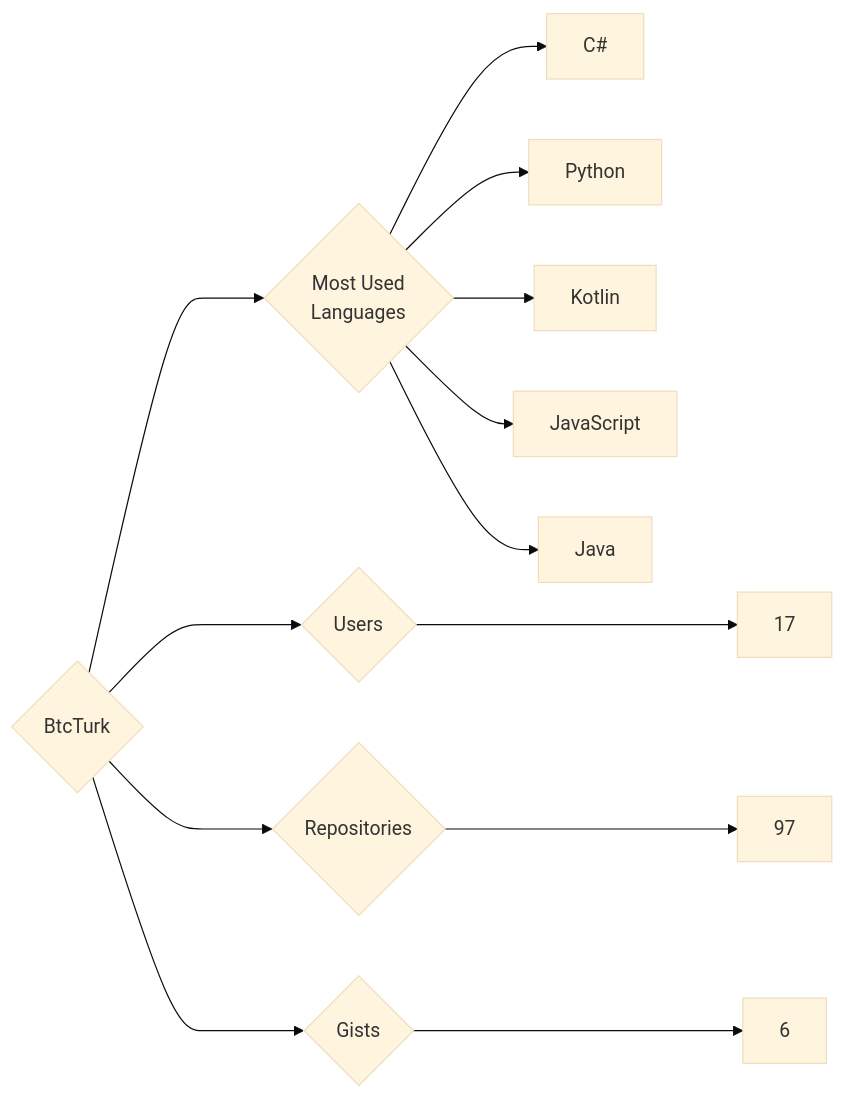
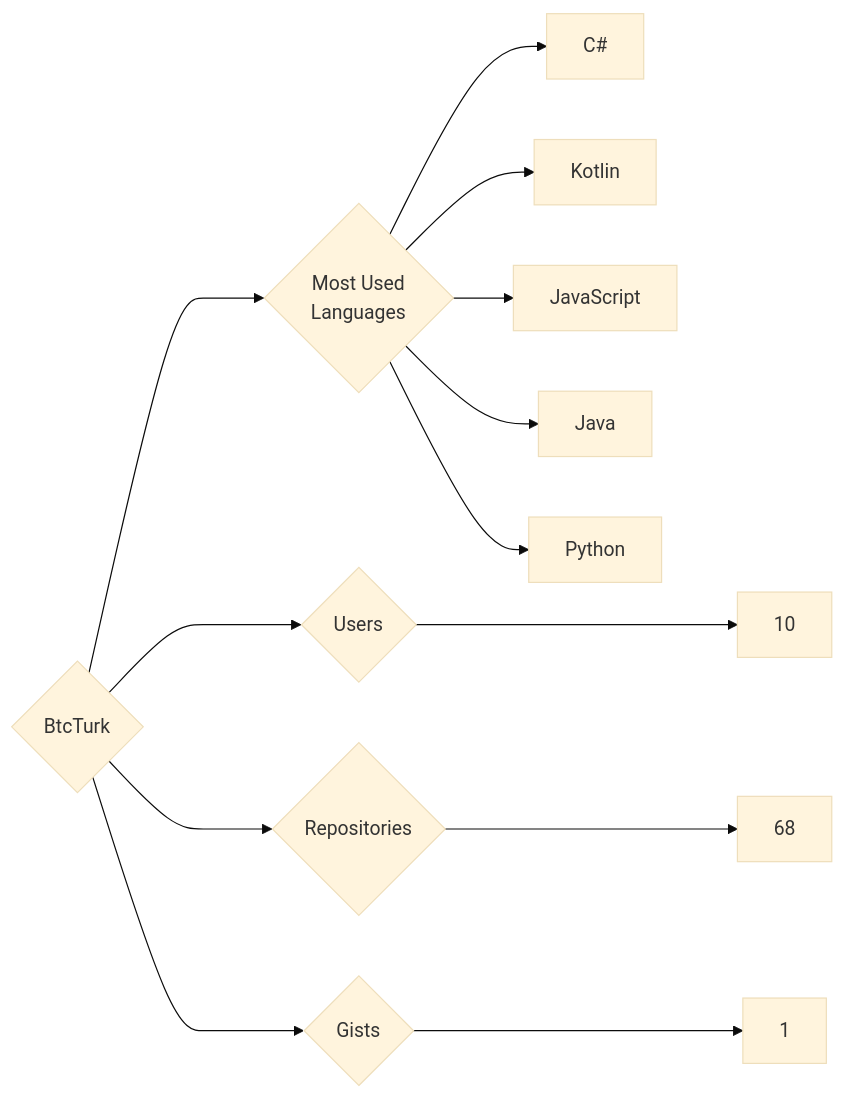
Before and after one commit to trickest/insiders: the diagram in targets/BtcTurk/README.md, drawn with Mermaid (base theme). The commit also changed 891 other files, not shown here.

````diff
--- a/targets/BtcTurk/README.md
+++ b/targets/BtcTurk/README.md
@@ -3,13 +3,13 @@
 ```mermaid
 graph LR
 COMPANY_NAME{BtcTurk}
-COMPANY_NAME ---> U{Users} ---> UN[17]
-COMPANY_NAME ---> R{Repositories} ---> RN[97]
-COMPANY_NAME ---> G{Gists} ---> GN[6]
+COMPANY_NAME ---> U{Users} ---> UN[10]
+COMPANY_NAME ---> R{Repositories} ---> RN[68]
+COMPANY_NAME ---> G{Gists} ---> GN[1]
 COMPANY_NAME ---> ML{Most Used<br>Languages}
 ML --> C#[C#]
-ML --> Python[Python]
 ML --> Kotlin[Kotlin]
 ML --> JavaScript[JavaScript]
 ML --> Java[Java]
+ML --> Python[Python]
 ```
````
